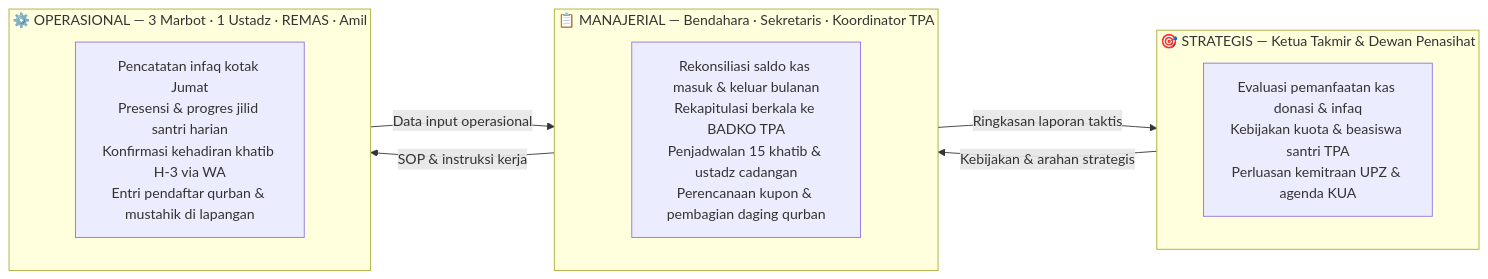
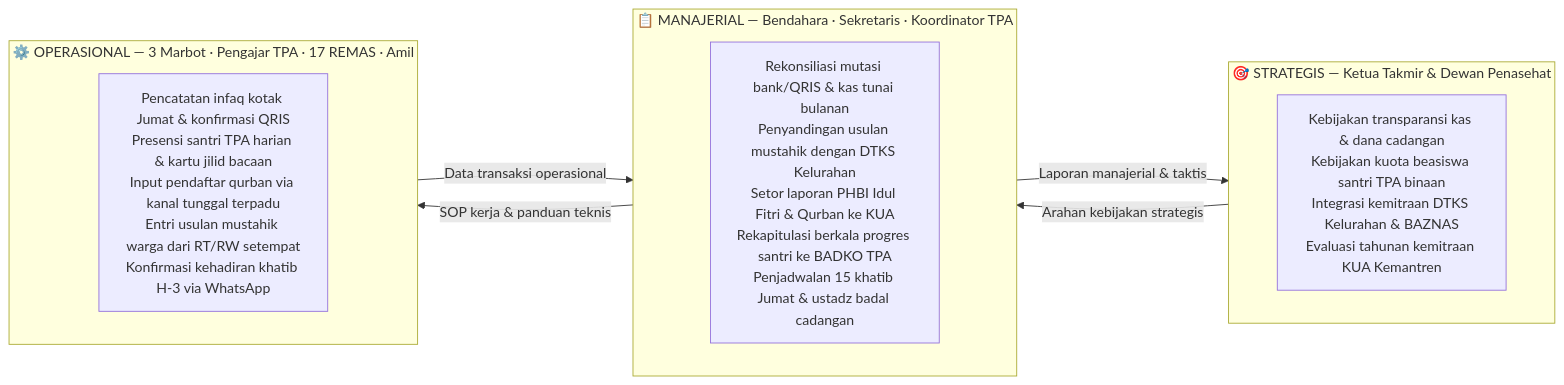
The second of 2 diagrams in Laporan Modul 1 - Kelompok 1 F1.md (anothersunrisee/project-MSI), drawn with Mermaid before and after one commit. The commit also changed other lines of this file and 3 other files, not shown here.

Commit message:
fix(reports-audit): harmonize mermaid diagrams across modules 1-3, update AGENTS.md mermaid audit protocol, and align module 3 with Bu Ratna's guidance

````diff
--- a/Laporan Modul 1 - Kelompok 1 F1.md
+++ b/Laporan Modul 1 - Kelompok 1 F1.md
@@ -83,17 +87,17 @@
 ```mermaid
 flowchart LR
-    subgraph S["🎯 STRATEGIS — Ketua Takmir & Dewan Penasihat"]
-        S1["Evaluasi pemanfaatan kas donasi & infaq\nKebijakan kuota & beasiswa santri TPA\nPerluasan kemitraan UPZ & agenda KUA"]
+    subgraph S["🎯 STRATEGIS — Ketua Takmir & Dewan Penasehat"]
+        S1["Kebijakan transparansi kas & dana cadangan\nKebijakan kuota beasiswa santri TPA binaan\nIntegrasi kemitraan DTKS Kelurahan & BAZNAS\nEvaluasi tahunan kemitraan KUA Kemantren"]
     end
     subgraph M["📋 MANAJERIAL — Bendahara · Sekretaris · Koordinator TPA"]
-        M1["Rekonsiliasi saldo kas masuk & keluar bulanan\nRekapitulasi berkala ke BADKO TPA\nPenjadwalan 15 khatib & ustadz cadangan\nPerencanaan kupon & pembagian daging qurban"]
+        M1["Rekonsiliasi mutasi bank/QRIS & kas tunai bulanan\nPenyandingan usulan mustahik dengan DTKS Kelurahan\nSetor laporan PHBI Idul Fitri & Qurban ke KUA\nRekapitulasi berkala progres santri ke BADKO TPA\nPenjadwalan 15 khatib Jumat & ustadz badal cadangan"]
     end
-    subgraph O["⚙️ OPERASIONAL — 3 Marbot · 1 Ustadz · REMAS · Amil"]
-        O1["Pencatatan infaq kotak Jumat\nPresensi & progres jilid santri harian\nKonfirmasi kehadiran khatib H-3 via WA\nEntri pendaftar qurban & mustahik di lapangan"]
+    subgraph O["⚙️ OPERASIONAL — 3 Marbot · Pengajar TPA · 17 REMAS · Amil"]
+        O1["Pencatatan infaq kotak Jumat & konfirmasi QRIS\nPresensi santri TPA harian & kartu jilid bacaan\nInput pendaftar qurban via kanal tunggal terpadu\nEntri usulan mustahik warga dari RT/RW setempat\nKonfirmasi kehadiran khatib H-3 via WhatsApp"]
     end
 
-    O -- "Data input operasional" --> M
-    M -- "Ringkasan laporan taktis" --> S
-    S -- "Kebijakan & arahan strategis" --> M
-    M -- "SOP & instruksi kerja" --> O
+    O -- "Data transaksi operasional" --> M
+    M -- "Laporan manajerial & taktis" --> S
+    S -- "Arahan kebijakan strategis" --> M
+    M -- "SOP kerja & panduan teknis" --> O
 ```
````
